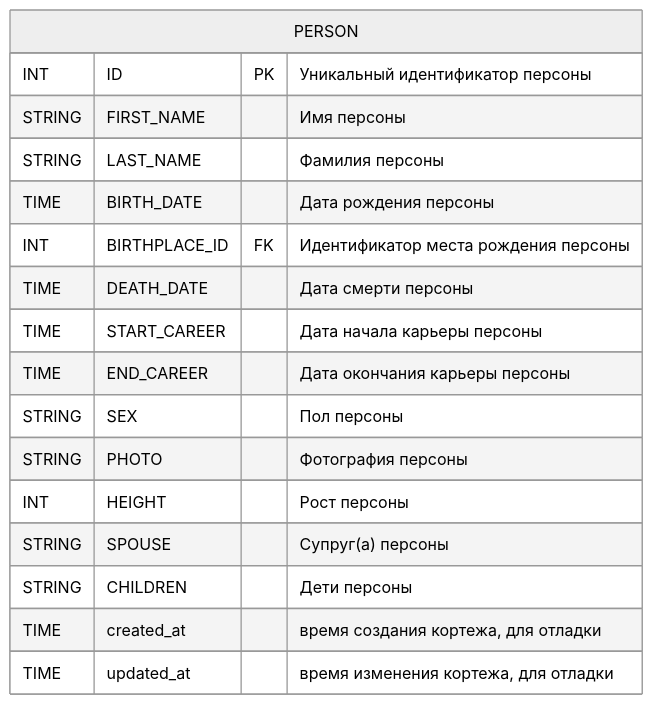
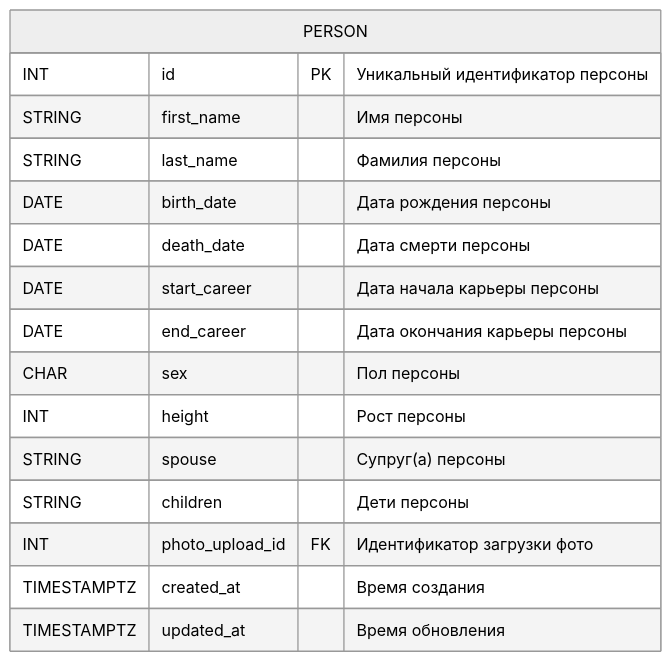
One commit to go-park-mail-ru/2024_1_Cyberkotletki changed the fourth of 15 diagrams in db/normalized/relations.md. Above: the diagram before and after it, drawn with Mermaid (neutral theme). The commit also changed other lines of this file and 3 other files, not shown here.

````diff
--- a/db/normalized/relations.md
+++ b/db/normalized/relations.md
@@ -150,20 +88,19 @@
 ```mermaid
 erDiagram
     PERSON {
-        INT ID PK "Уникальный идентификатор персоны"
-        STRING FIRST_NAME "Имя персоны"
-        STRING LAST_NAME "Фамилия персоны"
-        TIME BIRTH_DATE "Дата рождения персоны"
-        INT BIRTHPLACE_ID FK "Идентификатор места рождения персоны"
-        TIME DEATH_DATE "Дата смерти персоны"
-        TIME START_CAREER "Дата начала карьеры персоны"
-        TIME END_CAREER "Дата окончания карьеры персоны"
-        STRING SEX "Пол персоны"
-        STRING PHOTO "Фотография персоны"
-        INT HEIGHT "Рост персоны"
-        STRING SPOUSE "Супруг(а) персоны"
-        STRING CHILDREN "Дети персоны"
-        TIME created_at "время создания кортежа, для отладки"
-        TIME updated_at "время изменения кортежа, для отладки"
+        INT id PK "Уникальный идентификатор персоны"
+        STRING first_name "Имя персоны"
+        STRING last_name "Фамилия персоны"
+        DATE birth_date "Дата рождения персоны"
+        DATE death_date "Дата смерти персоны"
+        DATE start_career "Дата начала карьеры персоны"
+        DATE end_career "Дата окончания карьеры персоны"
+        CHAR sex "Пол персоны"
+        INT height "Рост персоны"
+        STRING spouse "Супруг(а) персоны"
+        STRING children "Дети персоны"
+        INT photo_upload_id FK "Идентификатор загрузки фото"
+        TIMESTAMPTZ created_at "Время создания"
+        TIMESTAMPTZ updated_at "Время обновления"
     }
 ```
````
